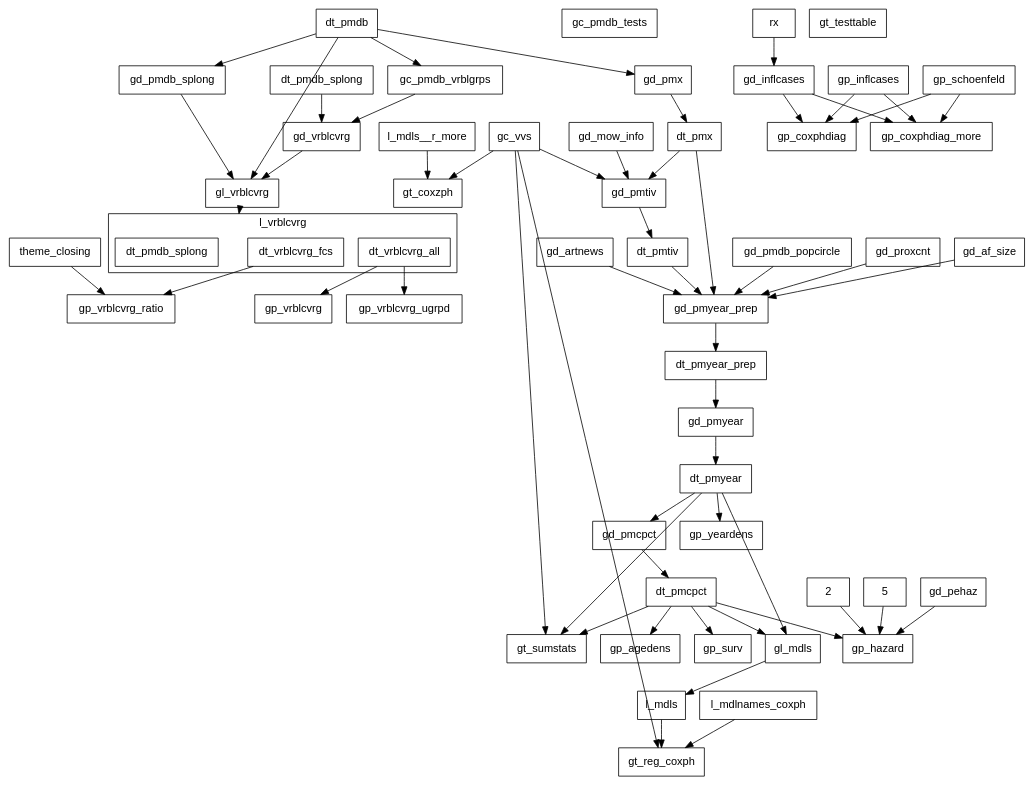
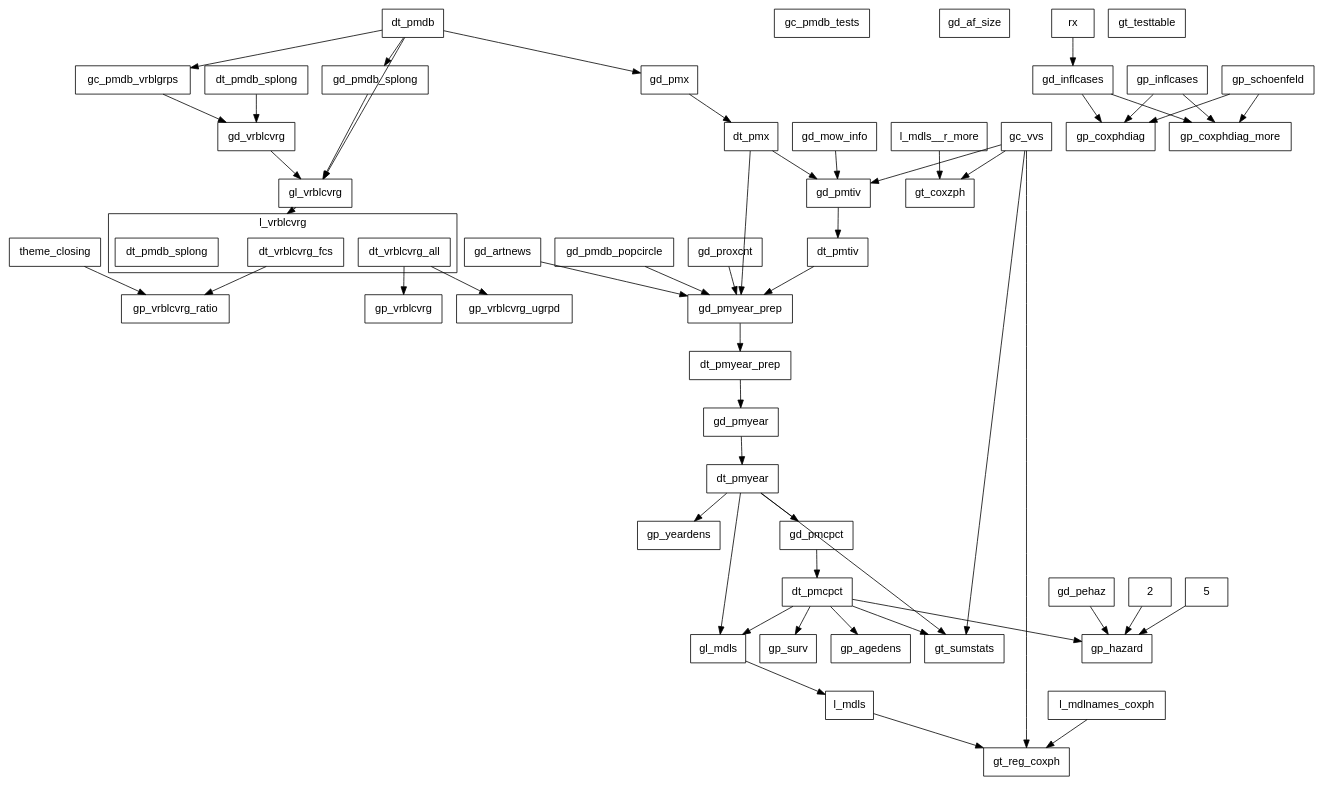
The diagram in misc/callgraph2.dot (swhalemwo/pm_closing), drawn with Graphviz before and after one commit. The commit also changed 7 other files, not shown here.

```diff
--- a/misc/callgraph2.dot
+++ b/misc/callgraph2.dot
@@ -1,115 +1,114 @@
 digraph D {
  compound = true;
  splines = false; fontname=helvetica;
  node [shape=box, fontsize = 14, fontname=helvetica];
  edge [style = solid];
  
  subgraph cluster_l_vrblcvrg {
  label = "l_vrblcvrg";
  l_vrblcvrg__dt_vrblcvrg_all [label=dt_vrblcvrg_all]; 
 l_vrblcvrg__dt_vrblcvrg_fcs [label=dt_vrblcvrg_fcs]; 
 l_vrblcvrg [label = "", color=transparent, width=0, height=0]; 
 l_vrblcvrg__dt_pmdb_splong [label=dt_pmdb_splong] 
 } 
  gc_pmdb_tests; 
 gc_pmdb_vrblgrps; 
 gc_vvs; 
 gd_af_size; 
 gd_artnews; 
 gd_inflcases; 
 gd_mow_info; 
 gd_pehaz; 
 gd_pmcpct; 
 gd_pmdb_popcircle; 
 gd_pmdb_splong; 
 gd_pmtiv; 
 gd_pmx; 
 gd_pmyear; 
 gd_pmyear_prep; 
 gd_proxcnt; 
 gd_vrblcvrg; 
 gl_mdls; 
 gl_vrblcvrg; 
 gp_agedens; 
 gp_coxphdiag; 
 gp_coxphdiag_more; 
 gp_hazard; 
 gp_inflcases; 
 gp_schoenfeld; 
 gp_surv; 
 gp_vrblcvrg; 
 gp_vrblcvrg_ratio; 
 gp_vrblcvrg_ugrpd; 
 gp_yeardens; 
 gt_coxzph; 
 gt_reg_coxph; 
 gt_sumstats; 
 gt_testtable; 
 theme_closing; 
 dt_pmdb; 
 dt_pmdb_splong; 
 dt_pmx; 
 dt_pmtiv; 
 dt_pmyear_prep; 
 dt_pmyear; 
 dt_pmcpct; 
 2; 
 5; 
 rx; 
 l_mdls__r_more; 
 l_mdls; 
 l_mdlnames_coxph 
  2 -> gp_hazard; 
 5 -> gp_hazard; 
 dt_pmcpct -> gl_mdls; 
 dt_pmcpct -> gp_agedens; 
 dt_pmcpct -> gp_hazard; 
 dt_pmcpct -> gp_surv; 
 dt_pmcpct -> gt_sumstats; 
 dt_pmdb -> gc_pmdb_vrblgrps; 
 dt_pmdb -> gd_pmdb_splong; 
 dt_pmdb -> gd_pmx; 
 dt_pmdb -> gl_vrblcvrg; 
 dt_pmdb_splong -> gd_vrblcvrg; 
 dt_pmtiv -> gd_pmyear_prep; 
 dt_pmx -> gd_pmtiv; 
 dt_pmx -> gd_pmyear_prep; 
 dt_pmyear -> gd_pmcpct; 
 dt_pmyear -> gl_mdls; 
 dt_pmyear -> gp_yeardens; 
 dt_pmyear -> gt_sumstats; 
 dt_pmyear_prep -> gd_pmyear; 
 gc_pmdb_vrblgrps -> gd_vrblcvrg; 
 gc_vvs -> gd_pmtiv; 
 gc_vvs -> gt_coxzph; 
 gc_vvs -> gt_reg_coxph; 
 gc_vvs -> gt_sumstats; 
-gd_af_size -> gd_pmyear_prep; 
 gd_artnews -> gd_pmyear_prep; 
 gd_inflcases -> gp_coxphdiag; 
 gd_inflcases -> gp_coxphdiag_more; 
 gd_mow_info -> gd_pmtiv; 
 gd_pehaz -> gp_hazard; 
 gd_pmcpct -> dt_pmcpct; 
 gd_pmdb_popcircle -> gd_pmyear_prep; 
 gd_pmdb_splong -> gl_vrblcvrg; 
 gd_pmtiv -> dt_pmtiv; 
 gd_pmx -> dt_pmx; 
 gd_pmyear -> dt_pmyear; 
 gd_pmyear_prep -> dt_pmyear_prep; 
 gd_proxcnt -> gd_pmyear_prep; 
 gd_vrblcvrg -> gl_vrblcvrg; 
 gl_mdls -> l_mdls; 
 gl_vrblcvrg -> l_vrblcvrg[lhead=cluster_l_vrblcvrg,ltail=gl_vrblcvrg]; 
 gp_inflcases -> gp_coxphdiag; 
 gp_inflcases -> gp_coxphdiag_more; 
 gp_schoenfeld -> gp_coxphdiag; 
 gp_schoenfeld -> gp_coxphdiag_more; 
 l_mdlnames_coxph -> gt_reg_coxph; 
 l_mdls -> gt_reg_coxph; 
 l_mdls__r_more -> gt_coxzph; 
 l_vrblcvrg__dt_vrblcvrg_all -> gp_vrblcvrg; 
 l_vrblcvrg__dt_vrblcvrg_all -> gp_vrblcvrg_ugrpd; 
 l_vrblcvrg__dt_vrblcvrg_fcs -> gp_vrblcvrg_ratio; 
 rx -> gd_inflcases; 
 theme_closing -> gp_vrblcvrg_ratio }
```
